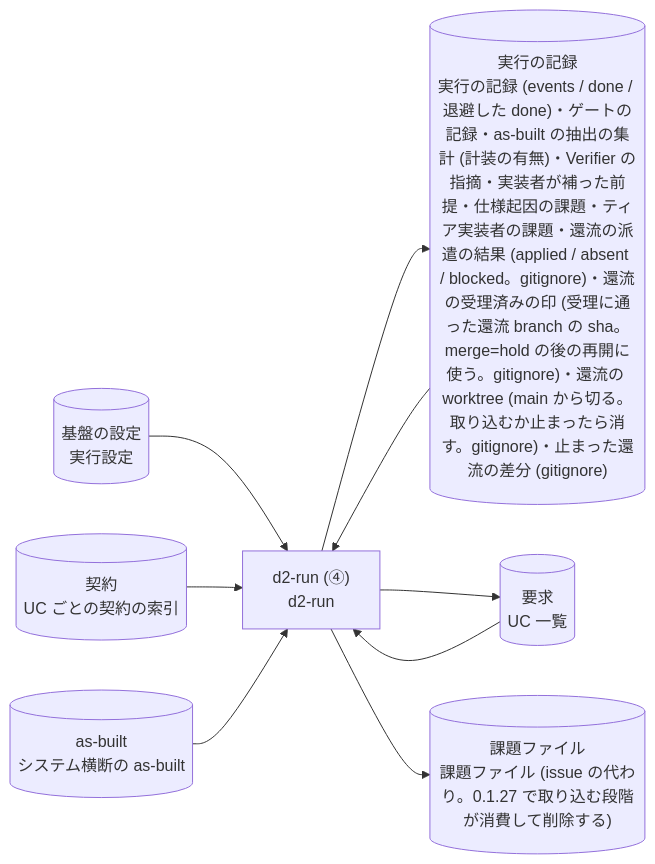
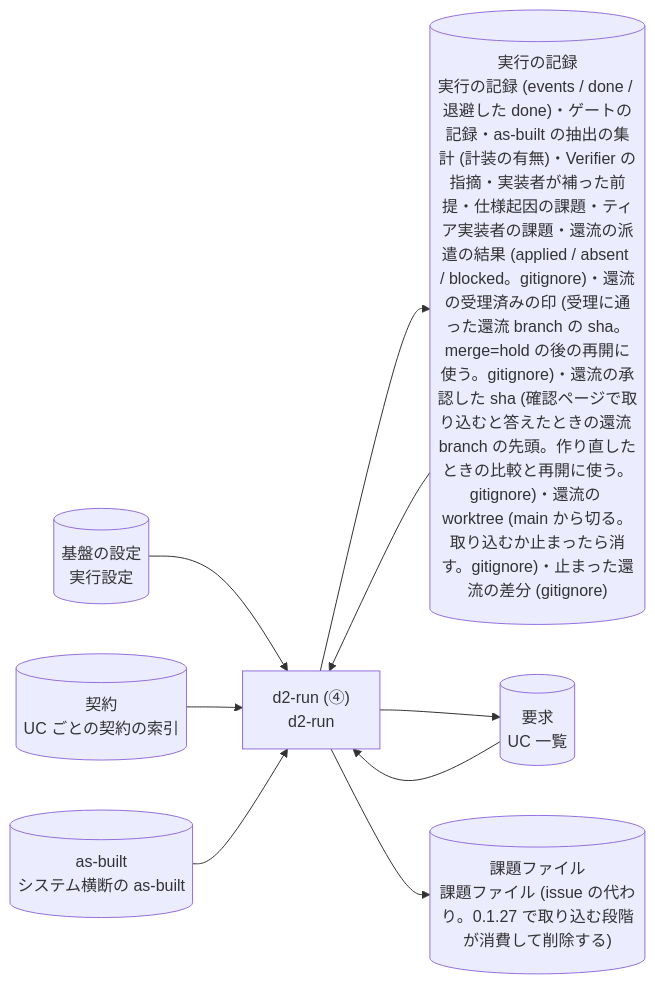
One commit to suwa-sh/suwa-sh-claude-plugins changed diagram 28 of 43 in plugins/distillery2/skills/d2-common/references/dataflow.md. Above: the diagram before and after it, drawn with Mermaid. The commit also changed other lines of this file and 7 other files, not shown here.

First line of the commit message:
fix(distillery2): 差分レビュー 1 ラウンド目 (CI の contract、旧形式の印は main に、記録してから worktree を消す、承認した sha を残す)

````diff
--- a/plugins/distillery2/skills/d2-common/references/dataflow.md
+++ b/plugins/distillery2/skills/d2-common/references/dataflow.md
@@ -733,18 +733,18 @@
 ```mermaid
 flowchart LR
   p_run_uc["d2-run (④)<br/>d2-run"]
   g_settings[("基盤の設定<br/>実行設定")]
   g_requirements[("要求<br/>UC 一覧")]
-  g_run[("実行の記録<br/>実行の記録 (events / done / 退避した done)・ゲートの記録・as-built の抽出の集計 (計装の有無)・Verifier の指摘・実装者が補った前提・仕様起因の課題・ティア実装者の課題・還流の派遣の結果 (applied / absent / blocked。gitignore)・還流の受理済みの印 (受理に通った還流 branch の sha。merge=hold の後の再開に使う。gitignore)・還流の worktree (main から切る。取り込むか止まったら消す。gitignore)・止まった還流の差分 (gitignore)")]
+  g_run[("実行の記録<br/>実行の記録 (events / done / 退避した done)・ゲートの記録・as-built の抽出の集計 (計装の有無)・Verifier の指摘・実装者が補った前提・仕様起因の課題・ティア実装者の課題・還流の派遣の結果 (applied / absent / blocked。gitignore)・還流の受理済みの印 (受理に通った還流 branch の sha。merge=hold の後の再開に使う。gitignore)・還流の承認した sha (確認ページで取り込むと答えたときの還流 branch の先頭。作り直したときの比較と再開に使う。gitignore)・還流の worktree (main から切る。取り込むか止まったら消す。gitignore)・止まった還流の差分 (gitignore)")]
   g_contracts[("契約<br/>UC ごとの契約の索引")]
   g_asbuilt[("as-built<br/>システム横断の as-built")]
   g_feedback_docs[("課題ファイル<br/>課題ファイル (issue の代わり。0.1.27 で取り込む段階が消費して削除する)")]
   g_settings --> p_run_uc
   g_requirements --> p_run_uc
   g_run --> p_run_uc
   g_contracts --> p_run_uc
   g_asbuilt --> p_run_uc
   p_run_uc --> g_run
   p_run_uc --> g_requirements
   p_run_uc --> g_feedback_docs
 ```
````
